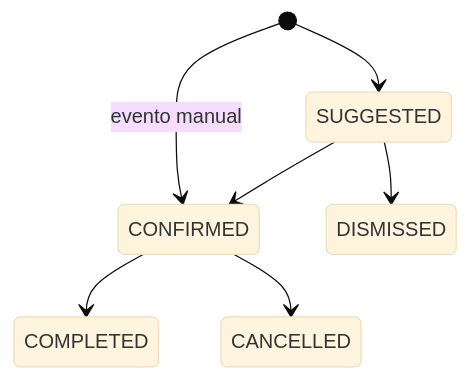
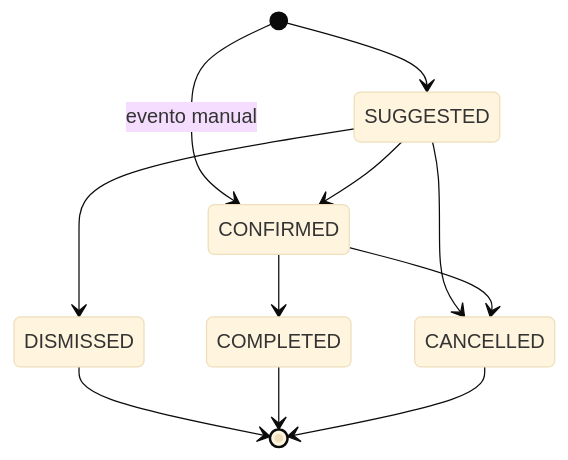
Before and after one commit to Islayder/JobSearch: the fifth of 5 diagrams in docs/state-machine.md, drawn with Mermaid (base theme). The commit also changed other lines of this file and 49 other files, not shown here.

````diff
--- a/docs/state-machine.md
+++ b/docs/state-machine.md
@@ -152,9 +152,13 @@
 ```mermaid
 stateDiagram-v2
     [*] --> SUGGESTED
     [*] --> CONFIRMED: evento manual
     SUGGESTED --> CONFIRMED
     SUGGESTED --> DISMISSED
+    SUGGESTED --> CANCELLED
     CONFIRMED --> COMPLETED
     CONFIRMED --> CANCELLED
+    DISMISSED --> [*]
+    COMPLETED --> [*]
+    CANCELLED --> [*]
 ```
````
